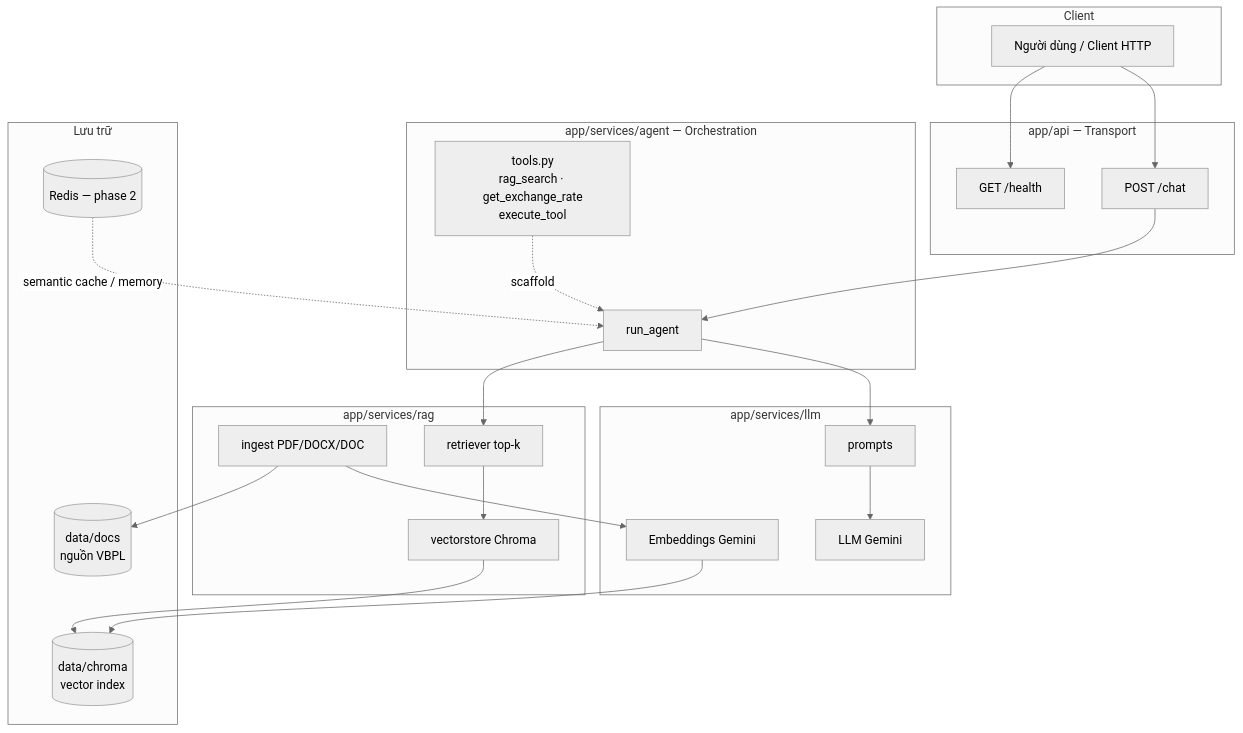
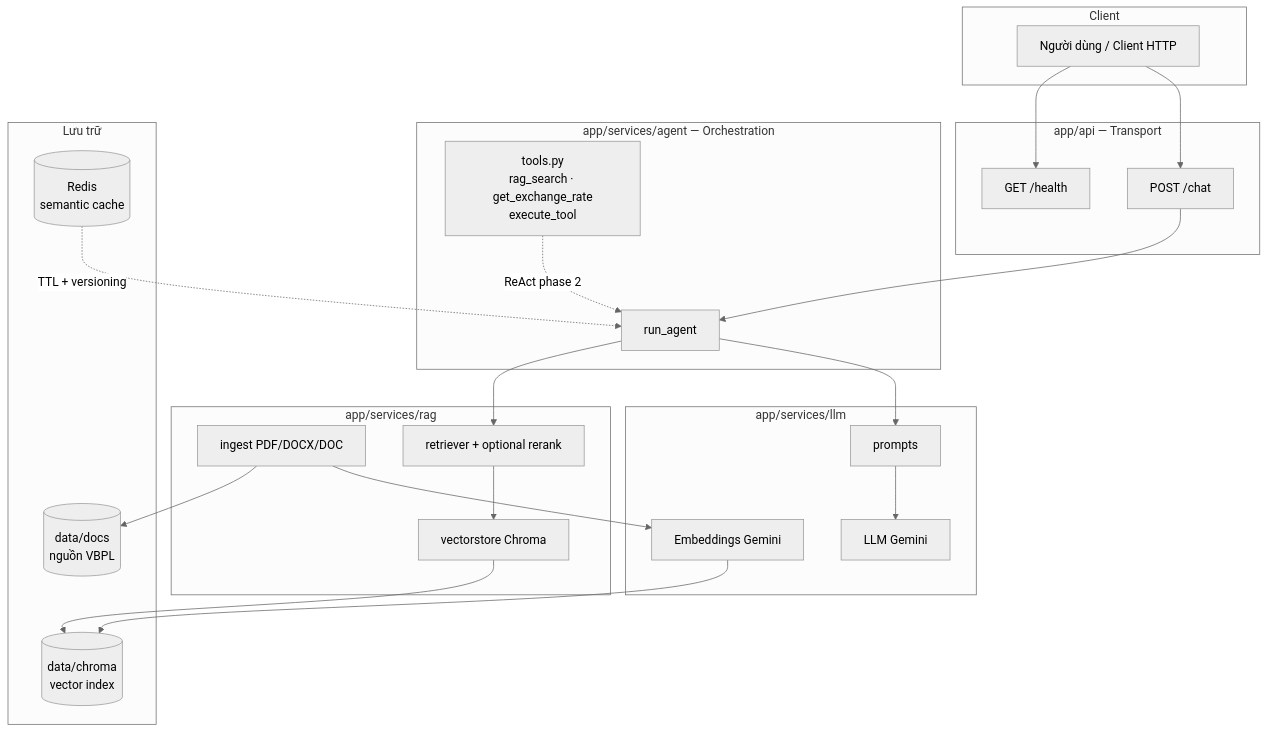
The second of 13 diagrams in docs/architecture.md (ducchungtx/advanced-rag-agent), drawn with Mermaid (neutral theme) before and after one commit. The commit also changed other lines of this file and 1 other file, not shown here.

Commit message:
Enhance architecture and learning documentation, detailing tech stack, system overview, and caching strategies. Update flowcharts to reflect new components and processes for improved clarity.

````diff
--- a/docs/architecture.md
+++ b/docs/architecture.md
@@ -14,44 +44,44 @@
 ```mermaid
 flowchart TB
     subgraph Client
         U[Người dùng / Client HTTP]
     end
 
     subgraph API["app/api — Transport"]
         H[GET /health]
         C[POST /chat]
     end
 
     subgraph Agent["app/services/agent — Orchestration"]
         RA[run_agent]
         Tools["tools.py<br/>rag_search · get_exchange_rate<br/>execute_tool"]
     end
 
     subgraph RAG["app/services/rag"]
         IN[ingest PDF/DOCX/DOC]
         VS[vectorstore Chroma]
-        RT[retriever top-k]
+        RT[retriever + optional rerank]
     end
 
     subgraph LLM["app/services/llm"]
         EMB[Embeddings Gemini]
         GEN[LLM Gemini]
         PR[prompts]
     end
 
     subgraph Data["Lưu trữ"]
         DOC[(data/docs<br/>nguồn VBPL)]
         CH[(data/chroma<br/>vector index)]
-        RD[(Redis — phase 2)]
+        RD[(Redis<br/>semantic cache)]
     end
 
     U --> H & C
     C --> RA
     RA --> RT
     RA --> PR --> GEN
     RT --> VS --> CH
     IN --> DOC
     IN --> EMB --> CH
-    Tools -.->|scaffold| RA
-    RD -.->|semantic cache / memory| RA
+    Tools -.->|ReAct phase 2| RA
+    RD -.->|TTL + versioning| RA
 ```
````
